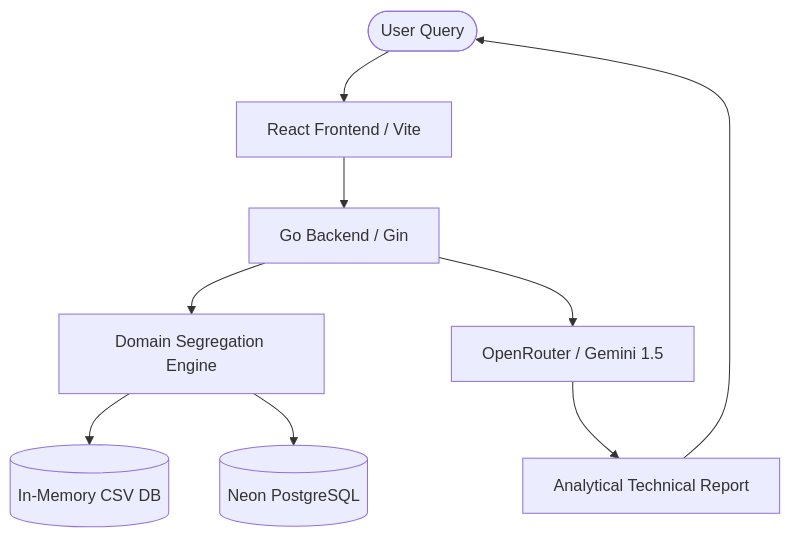
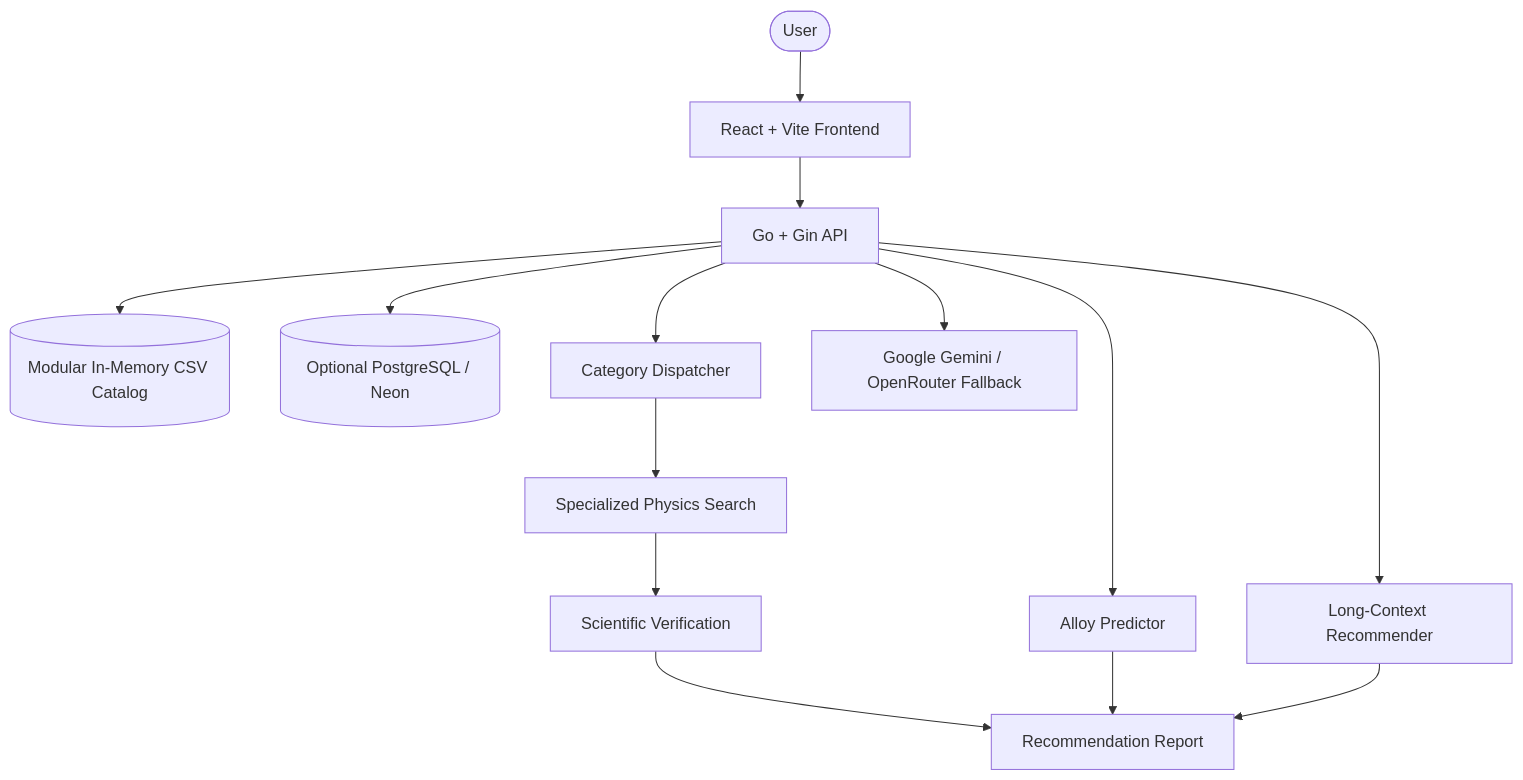
One commit to VivekWar/met-quest3 changed the diagram in README.md. Above: the diagram before and after it, drawn with Mermaid. The commit also changed other lines of this file, not shown here.

````diff
--- a/README.md
+++ b/README.md
@@ -28,11 +33,16 @@
 ```mermaid
 graph TD
-    User([User Query]) --> React[React Frontend / Vite]
-    React --> Go[Go Backend / Gin]
-    Go --> Filter[Domain Segregation Engine]
-    Filter --> CSV[(In-Memory CSV DB)]
-    Filter --> Postgres[(Neon PostgreSQL)]
-    Go --> LLM[OpenRouter / Gemini 1.5]
-    LLM --> Report[Analytical Technical Report]
-    Report --> User
+    User([User]) --> Frontend[React + Vite Frontend]
+    Frontend --> API[Go + Gin API]
+    API --> CSV[(Modular In-Memory CSV Catalog)]
+    API --> PG[(Optional PostgreSQL / Neon)]
+    API --> Legacy[Long-Context Recommender]
+    API --> Dispatcher[Category Dispatcher]
+    Dispatcher --> Search[Specialized Physics Search]
+    Search --> Analysis[Scientific Verification]
+    API --> Predictor[Alloy Predictor]
+    API --> LLM[Google Gemini / OpenRouter Fallback]
+    Analysis --> Response[Recommendation Report]
+    Predictor --> Response
+    Legacy --> Response
 ```
````
